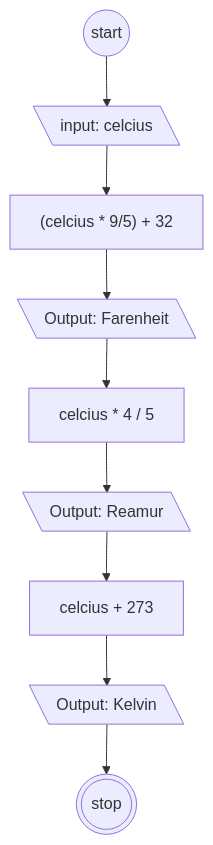
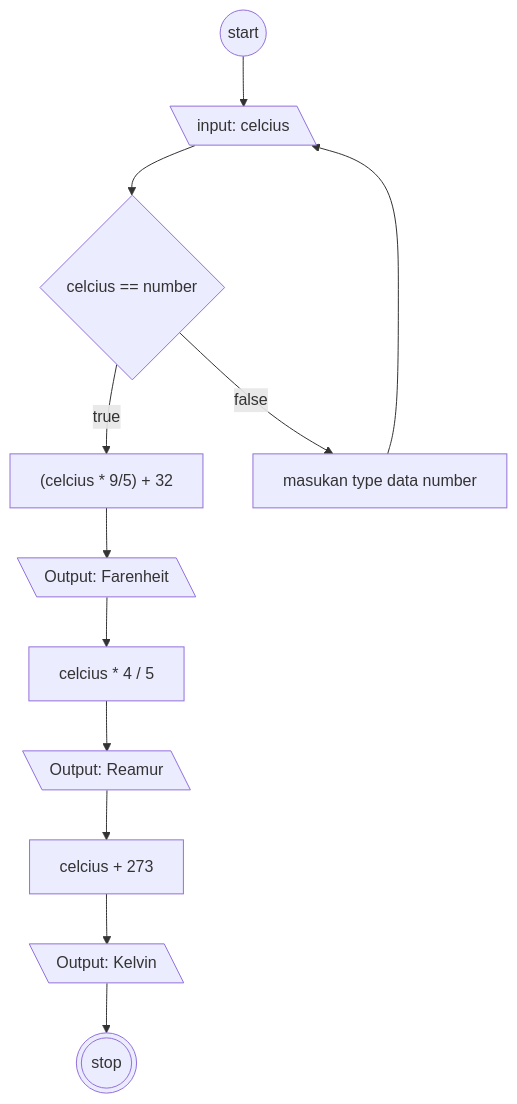
One commit to AbiPasundan/koda-b6-algoritma changed the diagram in algoritma-konversi-suhu.md. Above: the diagram before and after it, drawn with Mermaid.

````diff
--- a/algoritma-konversi-suhu.md
+++ b/algoritma-konversi-suhu.md
@@ -14,14 +14,19 @@
 ```mermaid
 flowchart TB
  Start@{ shape: circ, label: "start"} 
  Input@{ shape: lean-l, label: "input: celcius"} 
+ Validation@{ shape: diamond, label: "celcius == number"} 
+ ValidationWarning@{ shape: rect, label: "masukan type data number"} 
  CelciusToFarenheit@{ shape: rect, label: "(celcius * 9/5) + 32"} 
  CelciusToReamur@{ shape: rect, label: "celcius * 4 / 5"} 
  CelciusToKelvin@{ shape: rect, label: "celcius + 273"} 
  OutputCelciusToFarenheit@{ shape: lean-l, label: "Output: Farenheit"} 
  OutputCelciusToReamur@{ shape: lean-l, label: "Output: Reamur"} 
  OutputCelciusToKelvin@{ shape: lean-l, label: "Output: Kelvin"} 
  Stop@{ shape: dbl-circ, label: "stop"}
 
- Start-->Input-->CelciusToFarenheit-->OutputCelciusToFarenheit-->CelciusToReamur-->OutputCelciusToReamur-->CelciusToKelvin-->OutputCelciusToKelvin-->Stop
+ Start-->Input-->Validation-->|true|CelciusToFarenheit-->OutputCelciusToFarenheit-->CelciusToReamur-->OutputCelciusToReamur-->CelciusToKelvin-->OutputCelciusToKelvin-->Stop
+
+ Validation-->|false|ValidationWarning-->Input
+
 ```
````
